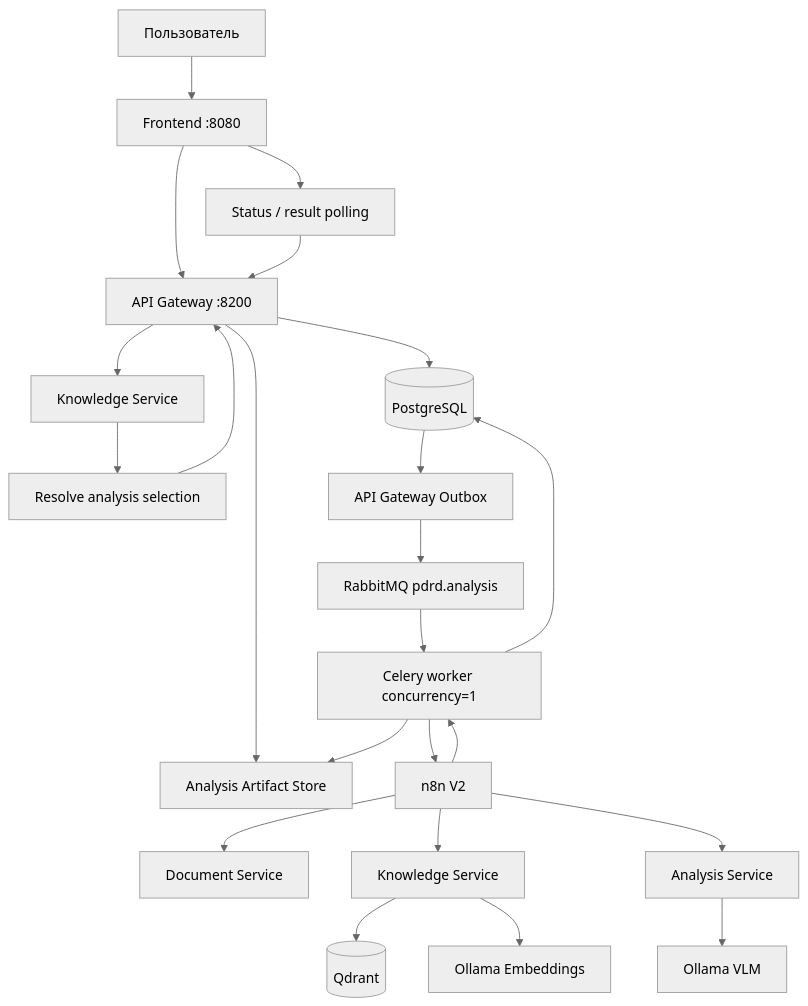
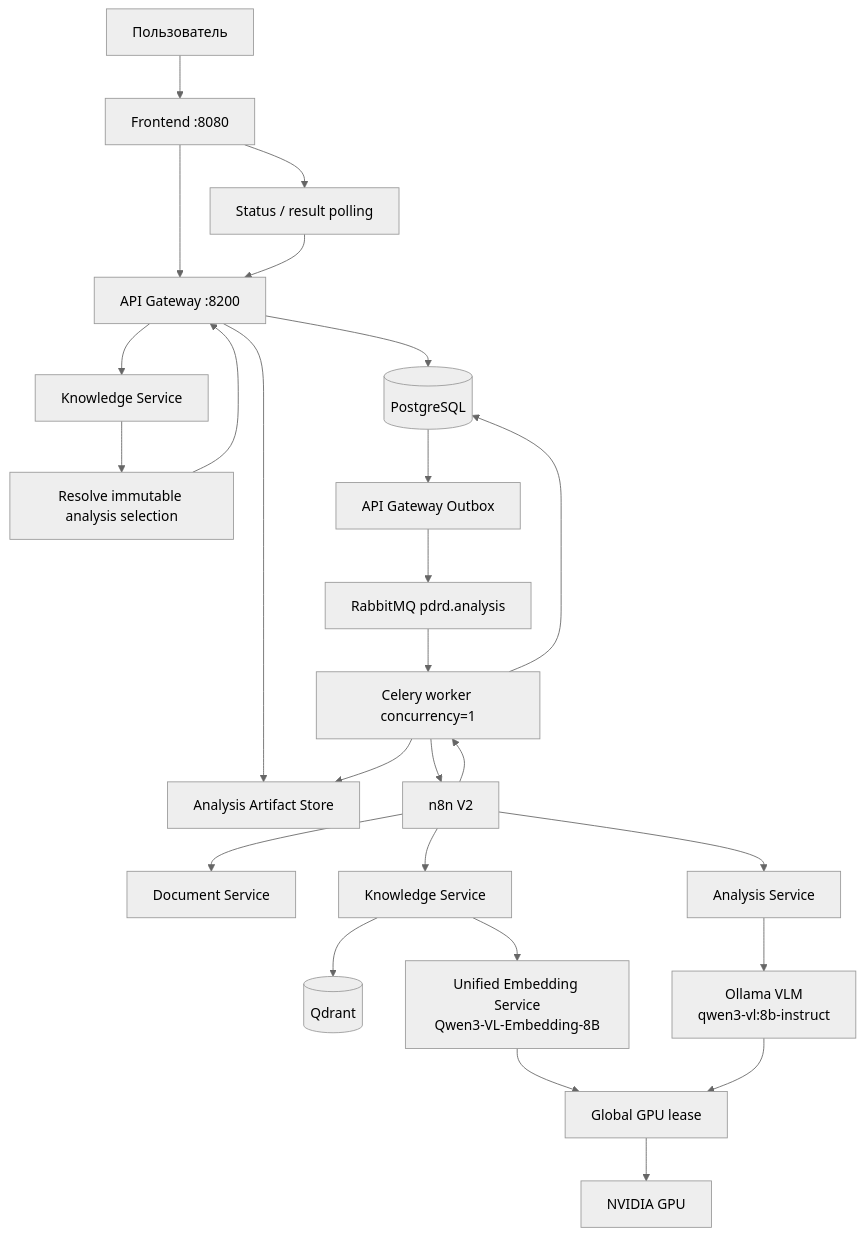
The first of 10 diagrams in README.md (Amadu-A/PDRD-validation), drawn with Mermaid (neutral theme) before and after one commit. The commit also changed other lines of this file and 7 other files, not shown here.

````diff
--- a/README.md
+++ b/README.md
@@ -115,31 +134,35 @@
 ```mermaid
 flowchart TD
     U["Пользователь"] --> FE["Frontend :8080"]
     FE --> GW["API Gateway :8200"]
 
     GW --> FS["Analysis Artifact Store"]
     GW --> KS["Knowledge Service"]
-    KS --> RESOLVE["Resolve analysis selection"]
+    KS --> RESOLVE["Resolve immutable analysis selection"]
     RESOLVE --> GW
 
     GW --> PG[("PostgreSQL")]
     PG --> O["API Gateway Outbox"]
     O --> RMQ["RabbitMQ pdrd.analysis"]
     RMQ --> W["Celery worker concurrency=1"]
     W --> N8N["n8n V2"]
 
     N8N --> DS["Document Service"]
     N8N --> KS2["Knowledge Service"]
     N8N --> AS["Analysis Service"]
 
     KS2 --> QD[("Qdrant")]
-    KS2 --> EMB["Ollama Embeddings"]
-    AS --> VLM["Ollama VLM"]
+    KS2 --> EMB["Unified Embedding Service\nQwen3-VL-Embedding-8B"]
+    AS --> VLM["Ollama VLM\nqwen3-vl:8b-instruct"]
+
+    EMB --> GLOCK["Global GPU lease"]
+    VLM --> GLOCK
+    GLOCK --> GPU["NVIDIA GPU"]
 
     N8N --> W
     W --> PG
     W --> FS
 
     FE --> POLL["Status / result polling"]
     POLL --> GW
 ```
````
